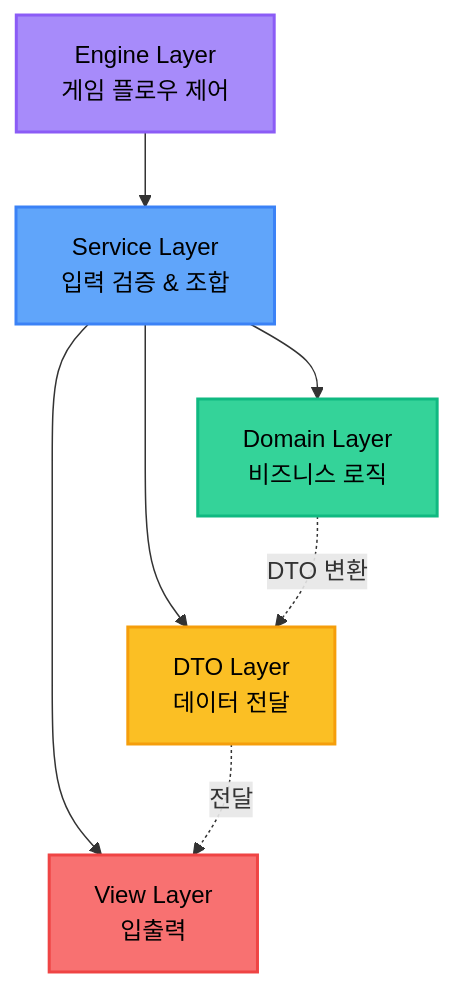
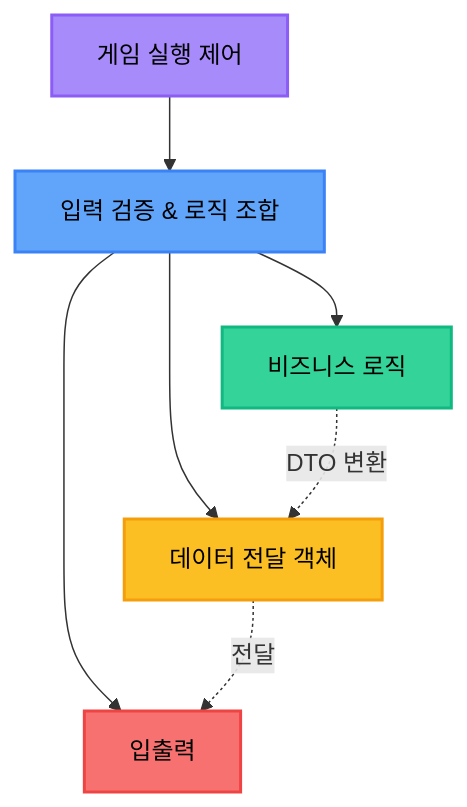
The first of 5 diagrams in README.md (luminox93/java-lotto-8), drawn with Mermaid before and after one commit. The commit also changed other lines of this file, not shown here.

````diff
--- a/README.md
+++ b/README.md
@@ -67,15 +51,15 @@
 ```mermaid
 graph TB
-    Engine[Engine Layer<br/>게임 플로우 제어] --> Service[Service Layer<br/>입력 검증 & 조합]
-    Service --> Domain[Domain Layer<br/>비즈니스 로직]
-    Service --> DTO[DTO Layer<br/>데이터 전달]
-    Service --> View[View Layer<br/>입출력]
+    Engine[게임 실행 제어] --> Service[입력 검증 & 로직 조합]
+    Service --> Domain[비즈니스 로직]
+    Service --> DTO[데이터 전달 객체]
+    Service --> View[입출력]
     Domain -.DTO 변환.-> DTO
     DTO -.전달.-> View
 
     style Engine fill:#a78bfa,stroke:#8b5cf6,stroke-width:2px,color:#000
     style Service fill:#60a5fa,stroke:#3b82f6,stroke-width:2px,color:#000
     style Domain fill:#34d399,stroke:#10b981,stroke-width:2px,color:#000
     style DTO fill:#fbbf24,stroke:#f59e0b,stroke-width:2px,color:#000
     style View fill:#f87171,stroke:#ef4444,stroke-width:2px,color:#000
 ```
````
